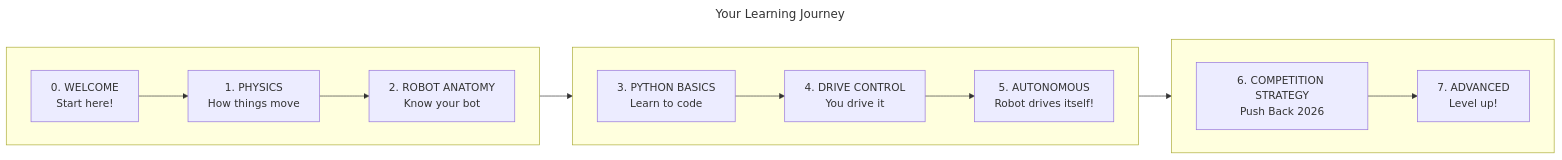
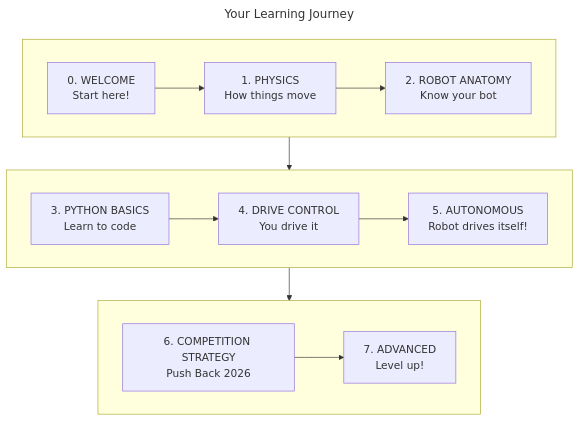
The diagram in docs/tutorials/README.md (anowarislam/vex-pushback), drawn with Mermaid before and after one commit.

Commit message:
Fix README flowchart direction for better rendering
🤖 Generated with [Claude Code](https://claude.com/claude-code)

````diff
--- a/docs/tutorials/README.md
+++ b/docs/tutorials/README.md
@@ -7,22 +7,22 @@
 ```mermaid
 ---
 title: Your Learning Journey
 ---
-flowchart LR
+flowchart TD
     subgraph Row1[" "]
         direction LR
         A["0. WELCOME<br/>Start here!"] --> B["1. PHYSICS<br/>How things move"]
         B --> C["2. ROBOT ANATOMY<br/>Know your bot"]
     end
     subgraph Row2[" "]
         direction LR
         D["3. PYTHON BASICS<br/>Learn to code"] --> E["4. DRIVE CONTROL<br/>You drive it"]
         E --> F["5. AUTONOMOUS<br/>Robot drives itself!"]
     end
     subgraph Row3[" "]
         direction LR
         G["6. COMPETITION STRATEGY<br/>Push Back 2026"] --> H["7. ADVANCED<br/>Level up!"]
     end
     C --> D
     F --> G
 ```
````
